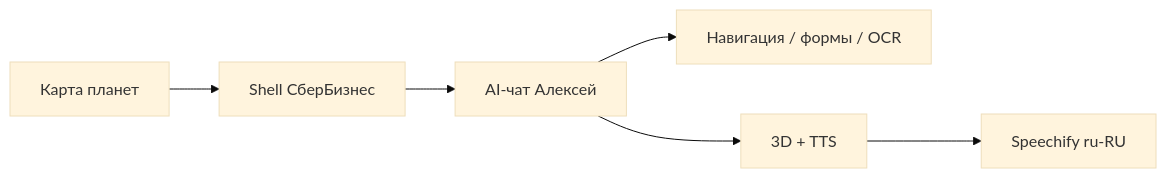
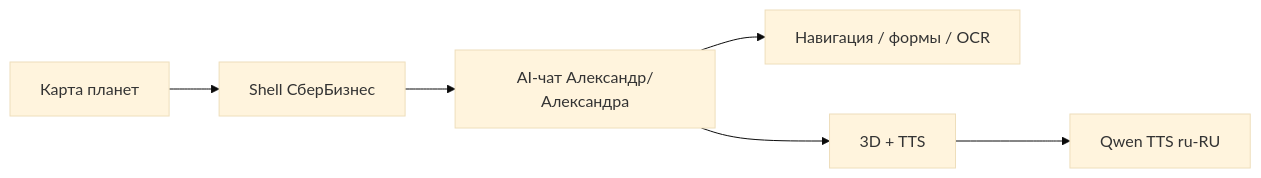
One commit to grrraaaa/mvp changed the diagram in docs/README.md. Above: the diagram before and after it, drawn with Mermaid (base theme). The commit also changed other lines of this file and 56 other files, not shown here.

````diff
--- a/docs/README.md
+++ b/docs/README.md
@@ -34,8 +34,8 @@
 ```mermaid
 flowchart LR
-    A[Shell СберБизнес] --> B[AI-чат Алексей]
+    A[Shell СберБизнес] --> B[AI-чат Александр/Александра]
     B --> C[Навигация / формы / OCR]
     B --> D[3D + TTS]
     E[Карта планет] --> A
-    D --> F[Speechify ru-RU]
+    D --> F[Qwen TTS ru-RU]
 ```
````
